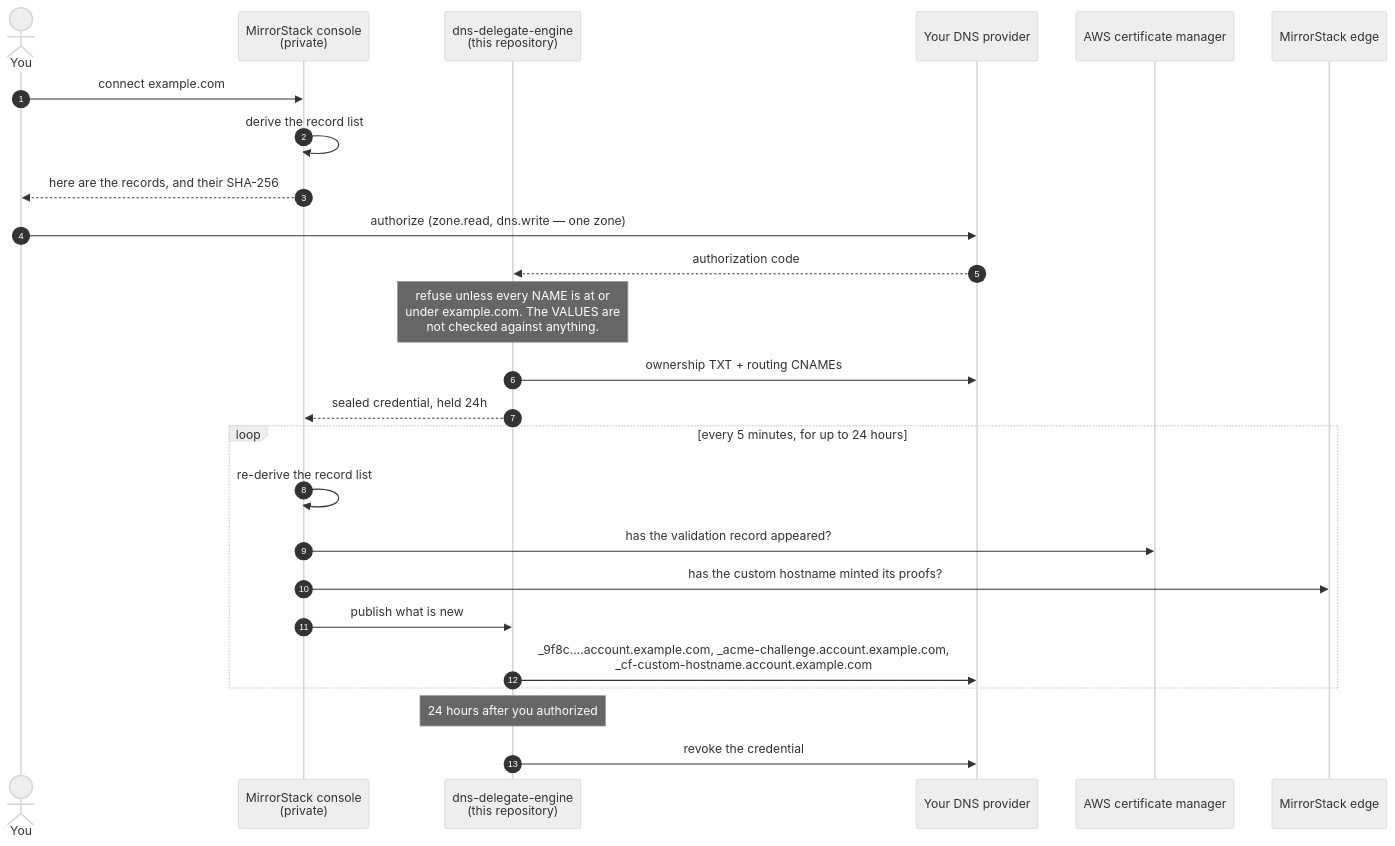
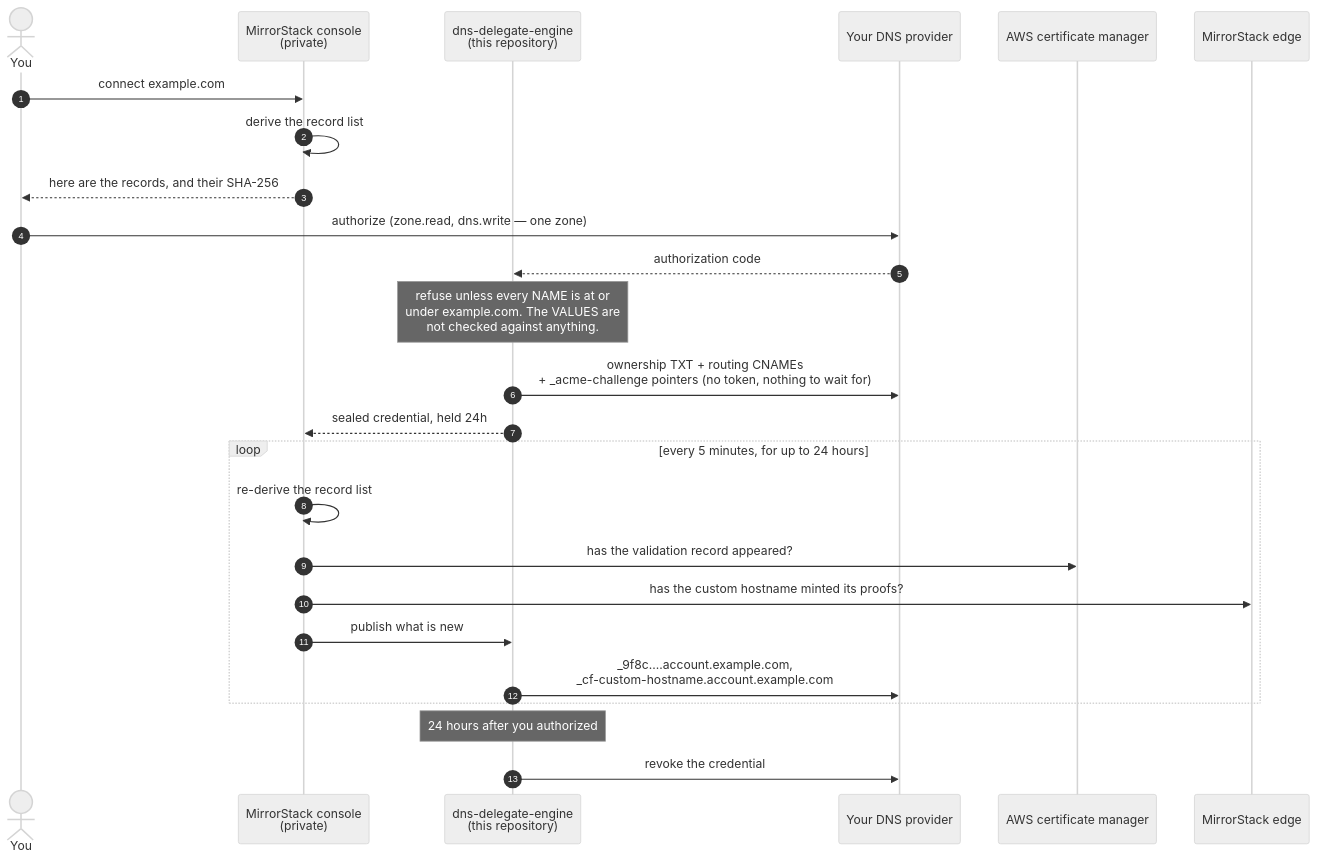
Before and after one commit to mirrorstack-ai/dns-delegate-engine: the first of 4 diagrams in README.md, drawn with Mermaid (neutral theme). The commit also changed other lines of this file and 2 other files, not shown here.

````diff
--- a/README.md
+++ b/README.md
@@ -132,32 +132,32 @@
 ```mermaid
 sequenceDiagram
     autonumber
     actor You
     participant Console as MirrorStack console<br/>(private)
     participant Engine as dns-delegate-engine<br/>(this repository)
     participant CF as Your DNS provider
     participant ACM as AWS certificate manager
     participant Edge as MirrorStack edge
 
     You->>Console: connect example.com
     Console->>Console: derive the record list
     Console-->>You: here are the records, and their SHA-256
 
     You->>CF: authorize (zone.read, dns.write — one zone)
     CF-->>Engine: authorization code
 
     Note over Engine: refuse unless every NAME is at or<br/>under example.com. The VALUES are<br/>not checked against anything.
-    Engine->>CF: ownership TXT + routing CNAMEs
+    Engine->>CF: ownership TXT + routing CNAMEs<br/>+ _acme-challenge pointers (no token, nothing to wait for)
     Engine-->>Console: sealed credential, held 24h
 
     loop every 5 minutes, for up to 24 hours
         Console->>Console: re-derive the record list
         Console->>ACM: has the validation record appeared?
         Console->>Edge: has the custom hostname minted its proofs?
         Console->>Engine: publish what is new
-        Engine->>CF: _9f8c….account.example.com, _acme-challenge.account.example.com,<br/>_cf-custom-hostname.account.example.com
+        Engine->>CF: _9f8c….account.example.com,<br/>_cf-custom-hostname.account.example.com
     end
 
     Note over Engine: 24 hours after you authorized
     Engine->>CF: revoke the credential
 ```
````
